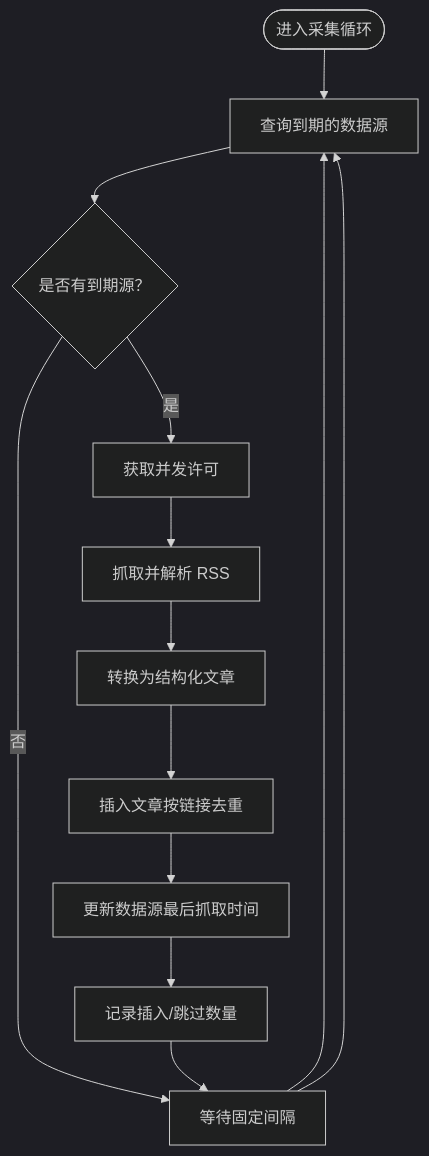
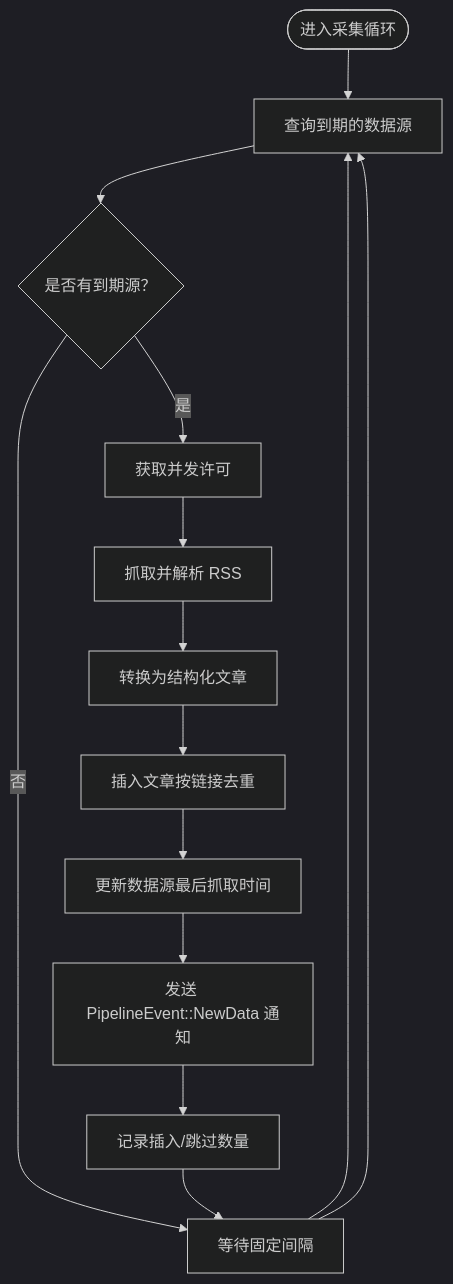
Before and after one commit to leimu-hue/AI-Trend-Tool: the fourth of 8 diagrams in .qoder/repowiki/zh/content/项目概述.md, drawn with Mermaid (dark theme). The commit also changed other lines of this file and 74 other files, not shown here.

````diff
--- a/.qoder/repowiki/zh/content/项目概述.md
+++ b/.qoder/repowiki/zh/content/项目概述.md
@@ -136,12 +203,13 @@
 ```mermaid
 flowchart TD
 Start(["进入采集循环"]) --> Query["查询到期的数据源"]
 Query --> HasDue{"是否有到期源？"}
 HasDue --> |否| Sleep["等待固定间隔"] --> Query
 HasDue --> |是| Concurrency["获取并发许可"] --> Fetch["抓取并解析 RSS"]
 Fetch --> Parse["转换为结构化文章"]
 Parse --> Insert["插入文章按链接去重"]
 Insert --> Update["更新数据源最后抓取时间"]
-Update --> Log["记录插入/跳过数量"]
+Update --> Notify["发送 PipelineEvent::NewData 通知"]
+Notify --> Log["记录插入/跳过数量"]
 Log --> Sleep --> Query
 ```
````
